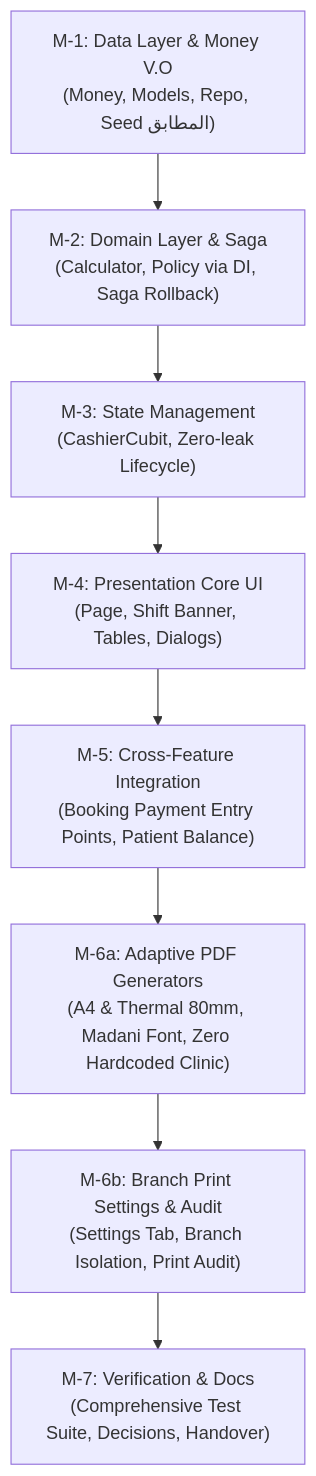
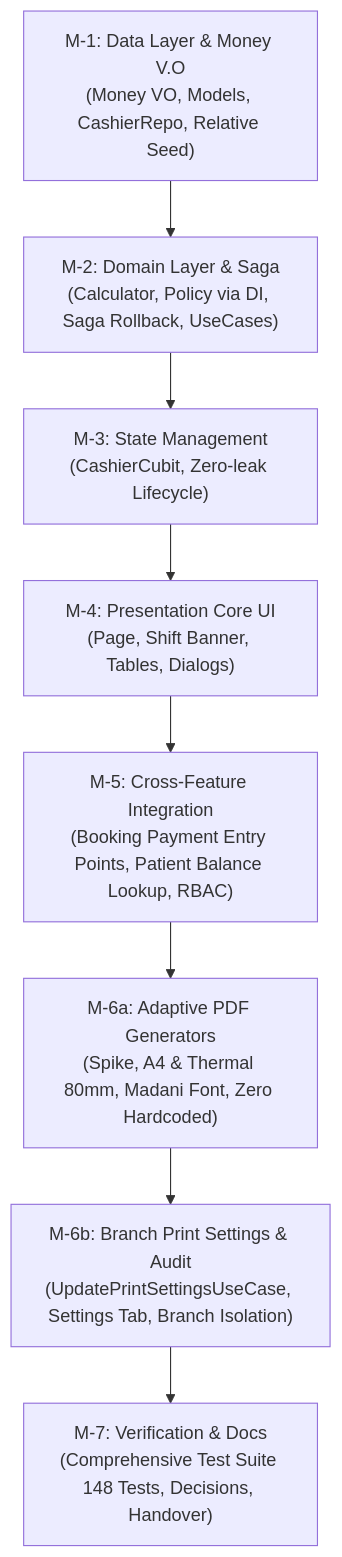
The diagram in docs/plans/F-05-cashier-shifts.md (osama-Hassan20/nabd), drawn with Mermaid before and after one commit. The commit also changed other lines of this file, not shown here.

Commit message:
docs(F-05): plan corrections (paths, money parsing, seed, print settings, permissions)

````diff
--- a/docs/plans/F-05-cashier-shifts.md
+++ b/docs/plans/F-05-cashier-shifts.md
@@ -520,10 +655,10 @@
 ```mermaid
 flowchart TD
-    M1["M-1: Data Layer & Money V.O<br>(Money, Models, Repo, Seed المطابق)"] --> M2["M-2: Domain Layer & Saga<br>(Calculator, Policy via DI, Saga Rollback)"]
+    M1["M-1: Data Layer & Money V.O<br>(Money VO, Models, CashierRepo, Relative Seed)"] --> M2["M-2: Domain Layer & Saga<br>(Calculator, Policy via DI, Saga Rollback, UseCases)"]
     M2 --> M3["M-3: State Management<br>(CashierCubit, Zero-leak Lifecycle)"]
     M3 --> M4["M-4: Presentation Core UI<br>(Page, Shift Banner, Tables, Dialogs)"]
-    M4 --> M5["M-5: Cross-Feature Integration<br>(Booking Payment Entry Points, Patient Balance)"]
-    M5 --> M6a["M-6a: Adaptive PDF Generators<br>(A4 & Thermal 80mm, Madani Font, Zero Hardcoded Clinic)"]
-    M6a --> M6b["M-6b: Branch Print Settings & Audit<br>(Settings Tab, Branch Isolation, Print Audit)"]
-    M6b --> M7["M-7: Verification & Docs<br>(Comprehensive Test Suite, Decisions, Handover)"]
+    M4 --> M5["M-5: Cross-Feature Integration<br>(Booking Payment Entry Points, Patient Balance Lookup, RBAC)"]
+    M5 --> M6a["M-6a: Adaptive PDF Generators<br>(Spike, A4 & Thermal 80mm, Madani Font, Zero Hardcoded)"]
+    M6a --> M6b["M-6b: Branch Print Settings & Audit<br>(UpdatePrintSettingsUseCase, Settings Tab, Branch Isolation)"]
+    M6b --> M7["M-7: Verification & Docs<br>(Comprehensive Test Suite 148 Tests, Decisions, Handover)"]
 ```
````
